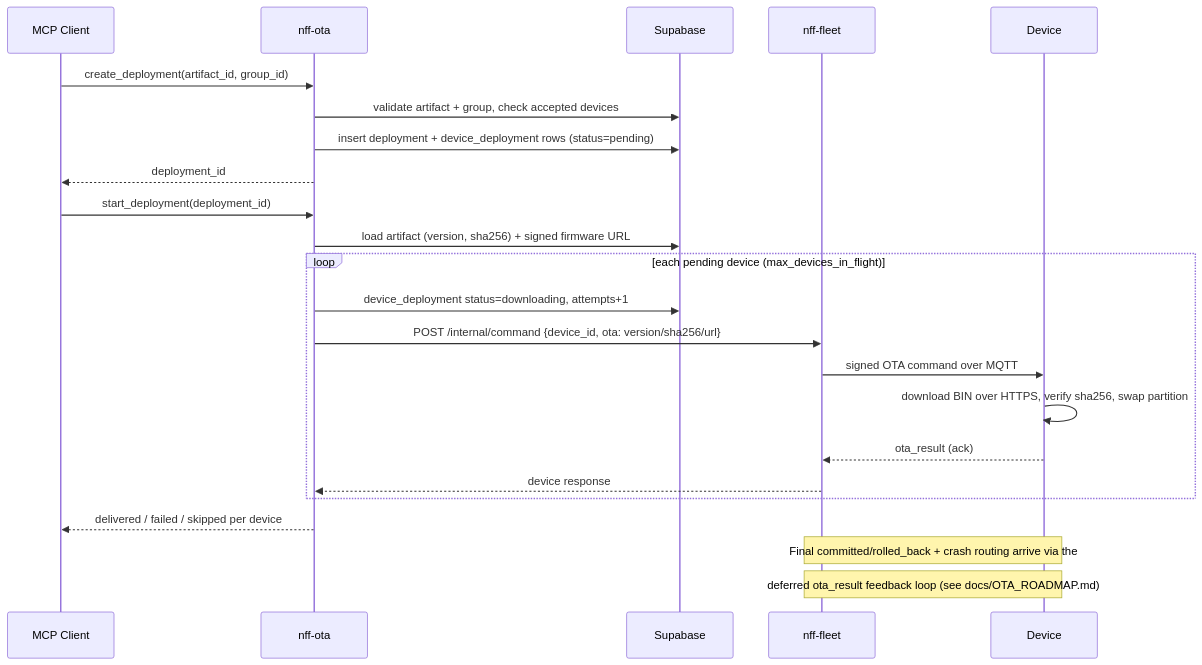
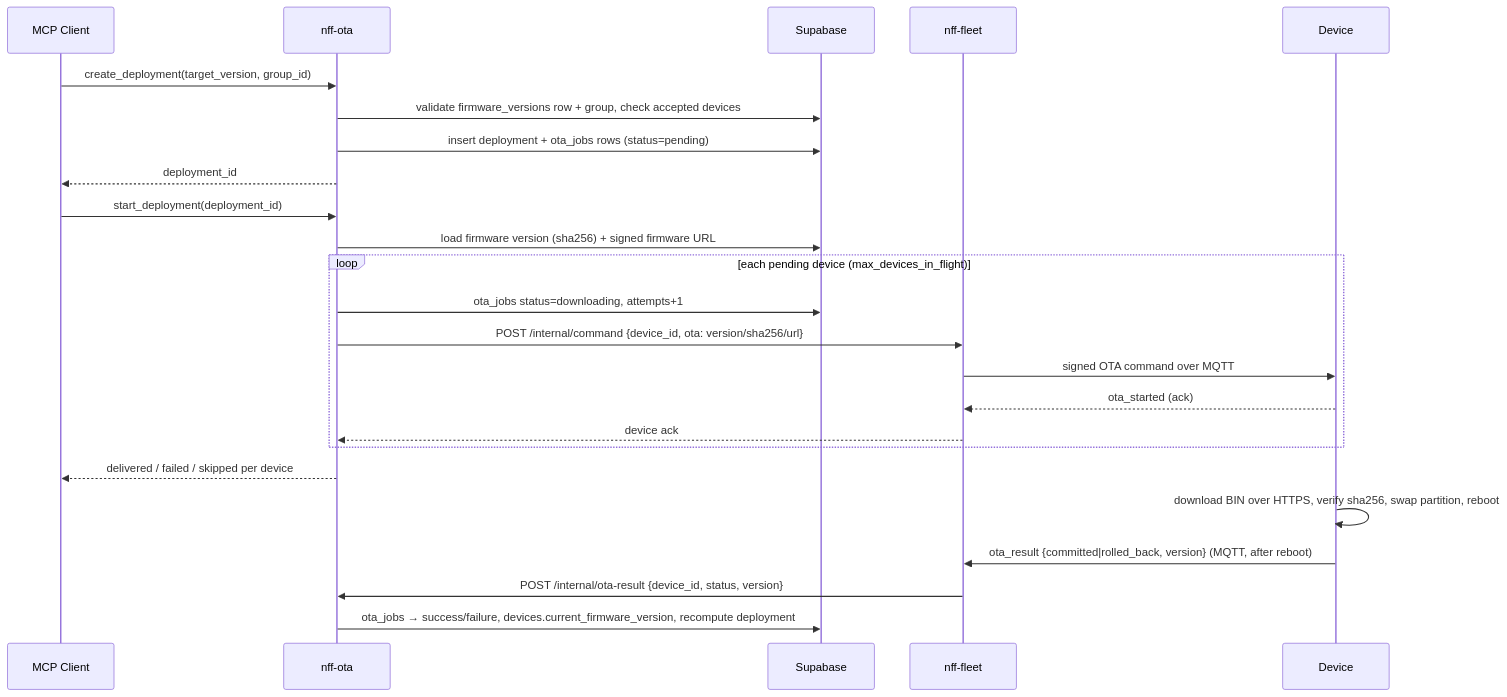
One commit to GLechevalier/nff-core changed the diagram in README.md. Above: the diagram before and after it, drawn with Mermaid. The commit also changed other lines of this file and 9 other files, not shown here.

````diff
--- a/README.md
+++ b/README.md
@@ -52,28 +56,29 @@
 ```mermaid
 sequenceDiagram
     participant C as MCP Client
     participant S as nff-ota
     participant DB as Supabase
     participant F as nff-fleet
     participant D as Device
 
-    C->>S: create_deployment(artifact_id, group_id)
-    S->>DB: validate artifact + group, check accepted devices
-    S->>DB: insert deployment + device_deployment rows (status=pending)
+    C->>S: create_deployment(target_version, group_id)
+    S->>DB: validate firmware_versions row + group, check accepted devices
+    S->>DB: insert deployment + ota_jobs rows (status=pending)
     S-->>C: deployment_id
 
     C->>S: start_deployment(deployment_id)
-    S->>DB: load artifact (version, sha256) + signed firmware URL
+    S->>DB: load firmware version (sha256) + signed firmware URL
     loop each pending device (max_devices_in_flight)
-        S->>DB: device_deployment status=downloading, attempts+1
+        S->>DB: ota_jobs status=downloading, attempts+1
         S->>F: POST /internal/command {device_id, ota: version/sha256/url}
         F->>D: signed OTA command over MQTT
-        D->>D: download BIN over HTTPS, verify sha256, swap partition
-        D-->>F: ota_result (ack)
-        F-->>S: device response
+        D-->>F: ota_started (ack)
+        F-->>S: device ack
     end
     S-->>C: delivered / failed / skipped per device
 
-    Note over F,D: Final committed/rolled_back + crash routing arrive via the
-    Note over F,D: deferred ota_result feedback loop (see docs/OTA_ROADMAP.md)
+    D->>D: download BIN over HTTPS, verify sha256, swap partition, reboot
+    D->>F: ota_result {committed|rolled_back, version} (MQTT, after reboot)
+    F->>S: POST /internal/ota-result {device_id, status, version}
+    S->>DB: ota_jobs → success/failure, devices.current_firmware_version, recompute deployment
 ```
````
